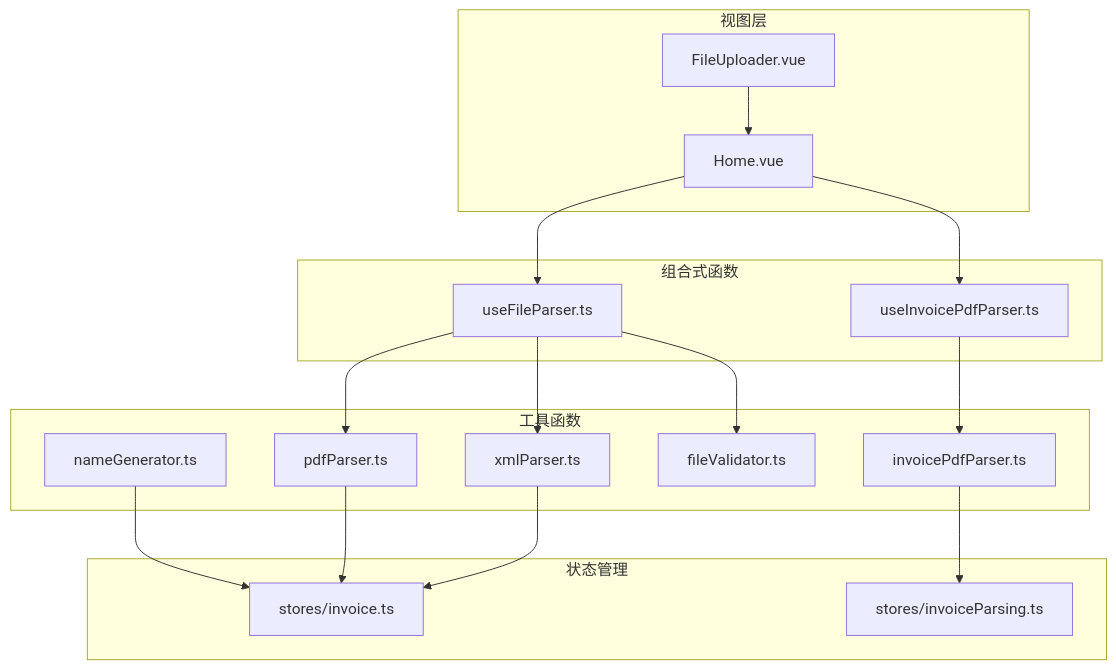
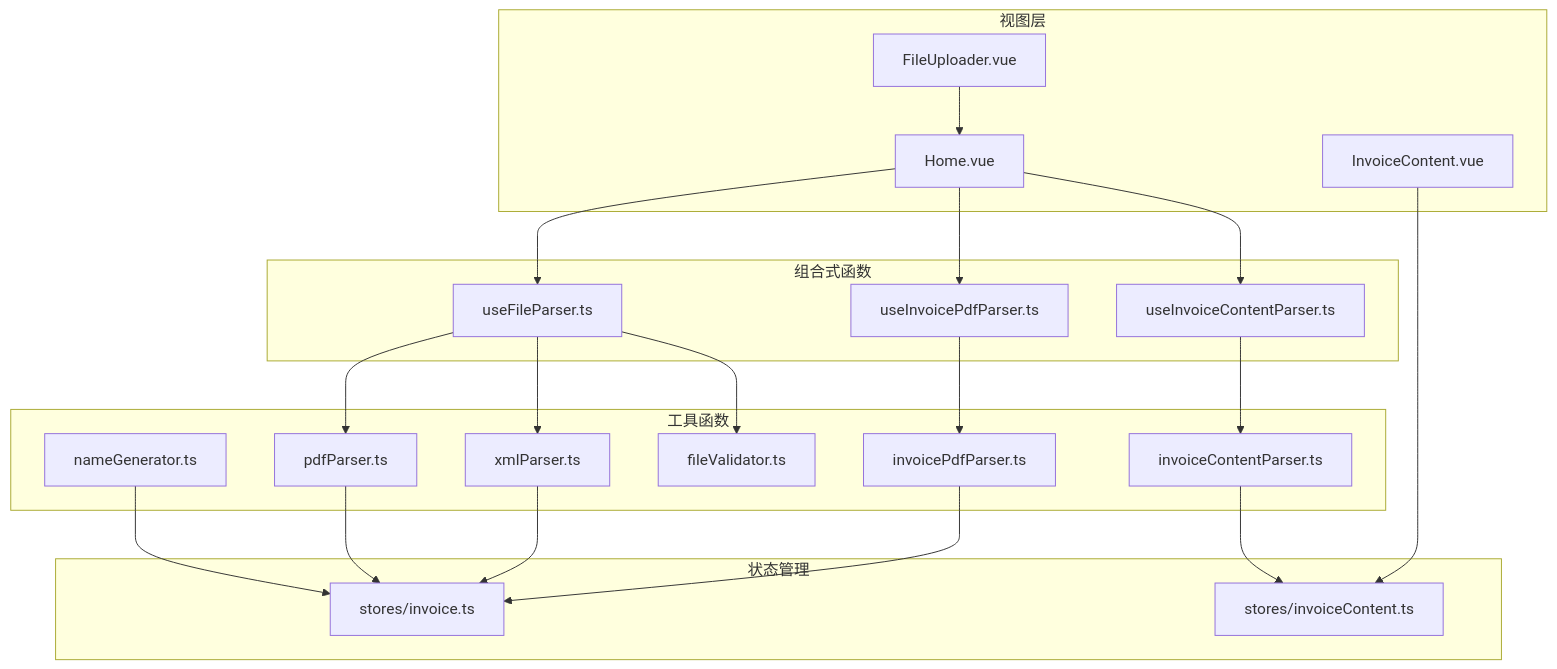
One commit to dunhuixiao/FinanceTools changed the first of 3 diagrams in .qoder/repowiki/zh/content/核心工具函数/核心工具函数.md. Above: the diagram before and after it, drawn with Mermaid. The commit also changed other lines of this file and 20 other files, not shown here.

````diff
--- a/.qoder/repowiki/zh/content/核心工具函数/核心工具函数.md
+++ b/.qoder/repowiki/zh/content/核心工具函数/核心工具函数.md
@@ -43,33 +57,40 @@
 ```mermaid
 graph TB
 subgraph "视图层"
 Home["Home.vue"]
 Uploader["FileUploader.vue"]
+InvoiceContent["InvoiceContent.vue"]
 end
 subgraph "组合式函数"
 C1["useFileParser.ts"]
 C2["useInvoicePdfParser.ts"]
+C3["useInvoiceContentParser.ts"]
 end
 subgraph "工具函数"
 U1["pdfParser.ts"]
 U2["xmlParser.ts"]
 U3["nameGenerator.ts"]
 U4["fileValidator.ts"]
 U5["invoicePdfParser.ts"]
+U6["invoiceContentParser.ts"]
 end
 subgraph "状态管理"
 S1["stores/invoice.ts"]
-S2["stores/invoiceParsing.ts"]
+S2["stores/invoiceContent.ts"]
 end
 Uploader --> Home
 Home --> C1
 Home --> C2
+Home --> C3
 C1 --> U1
 C1 --> U2
 C1 --> U4
 C2 --> U5
+C3 --> U6
 U3 --> S1
 U1 --> S1
 U2 --> S1
-U5 --> S2
+U5 --> S1
+U6 --> S2
+InvoiceContent --> S2
 ```
````
